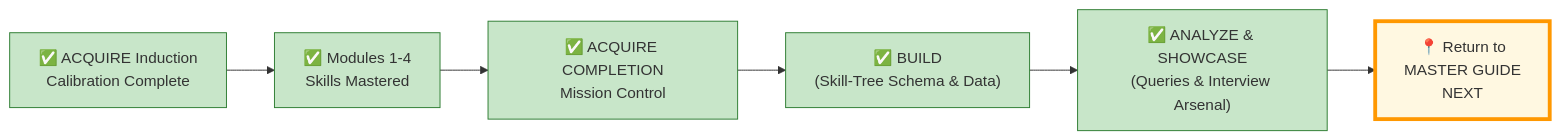
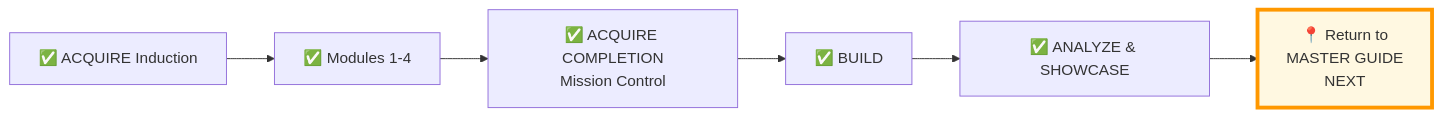
One commit to uniqueumamaheswari-universe/SQLVerse changed the sixth of 6 diagrams in Level-1-beginner/Guides/Section1-ACQUIRE/SECTION1_COMPLETION_ANALYZE.md. Above: the diagram before and after it, drawn with Mermaid. The commit also changed other lines of this file and 9 other files, not shown here.

````diff
--- a/Level-1-beginner/Guides/Section1-ACQUIRE/SECTION1_COMPLETION_ANALYZE.md
+++ b/Level-1-beginner/Guides/Section1-ACQUIRE/SECTION1_COMPLETION_ANALYZE.md
@@ -570,15 +573,10 @@
 ```mermaid
 flowchart LR
-    A["✅ ACQUIRE Induction<br/>Calibration Complete"] --> B["✅ Modules 1-4<br/>Skills Mastered"]
+    A["✅ ACQUIRE Induction"] --> B["✅ Modules 1-4"]
     B --> C["✅ ACQUIRE COMPLETION<br/>Mission Control"]
-    C --> D["✅ BUILD<br/>(Skill‑Tree Schema & Data)"]
-    D --> E["✅ ANALYZE & SHOWCASE<br/>(Queries & Interview Arsenal)"]
+    C --> D["✅ BUILD"]
+    D --> E["✅ ANALYZE & SHOWCASE"]
     E --> F["📍 Return to<br/>MASTER GUIDE<br/>NEXT"]
     
-    style A fill:#c8e6c9,stroke:#2e7d32
-    style B fill:#c8e6c9,stroke:#2e7d32
-    style C fill:#c8e6c9,stroke:#2e7d32
-    style D fill:#c8e6c9,stroke:#2e7d32
-    style E fill:#c8e6c9,stroke:#2e7d32
     style F fill:#fff8e1,stroke:#ff9800,stroke-width:4px
 ```
````
